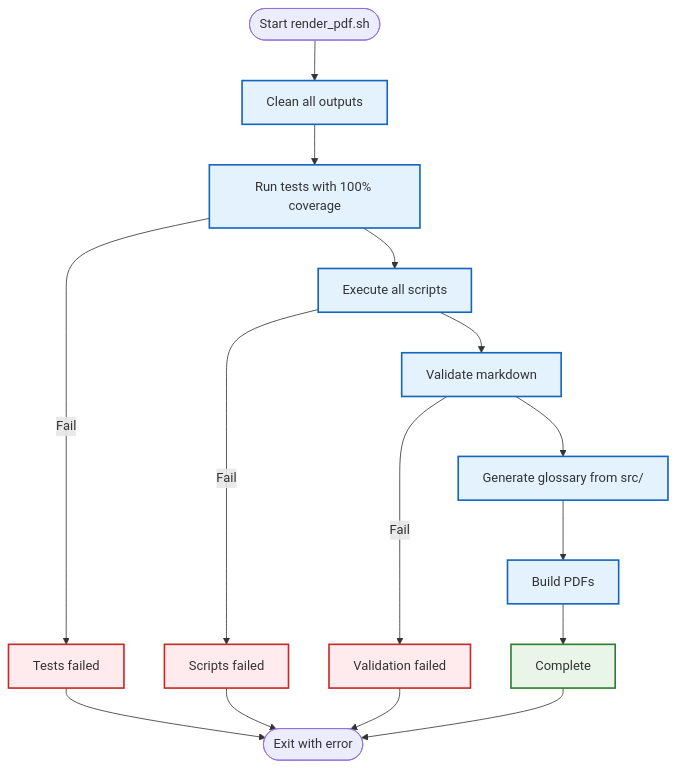
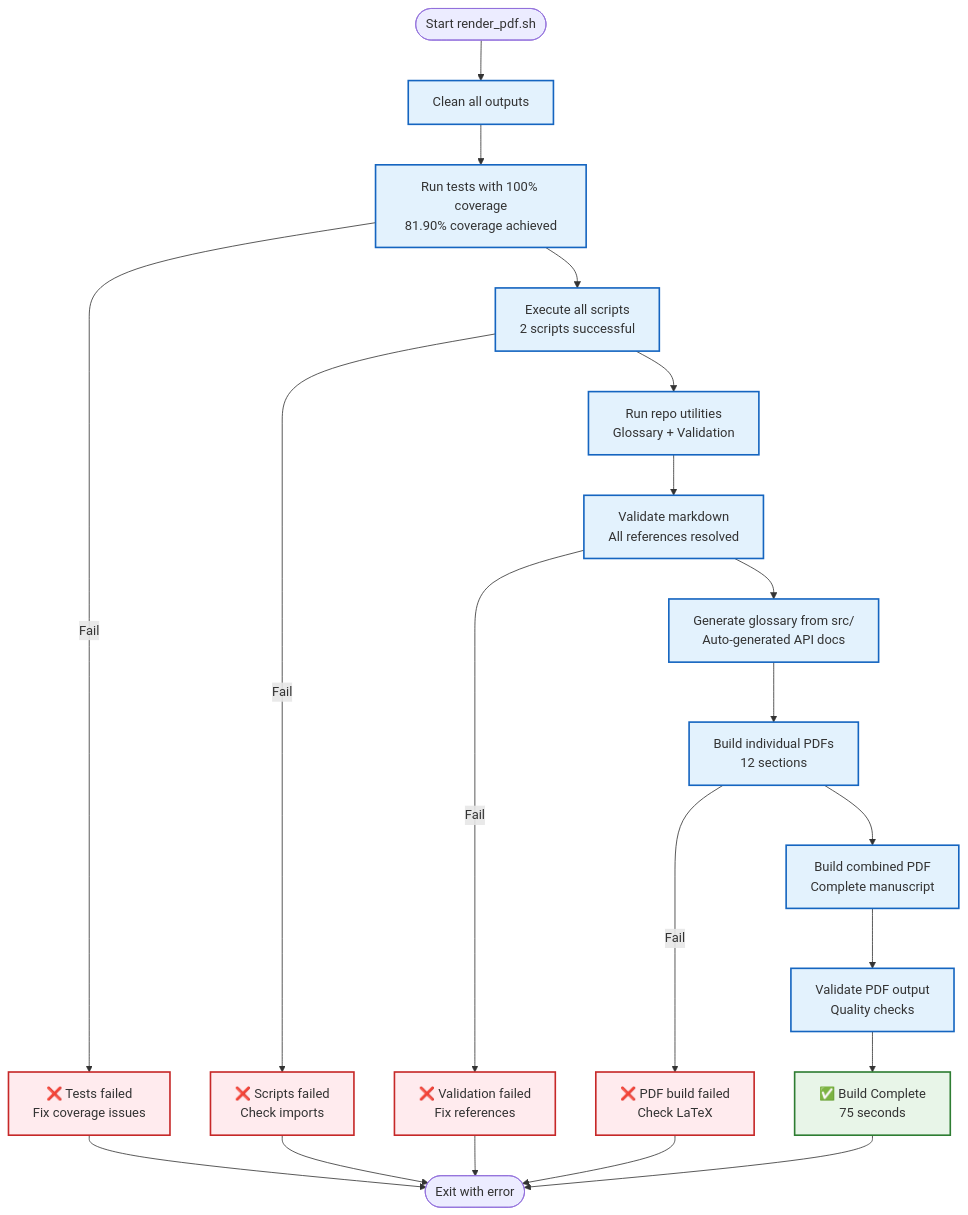
The sixth of 6 diagrams in README.md (docxology/template), drawn with Mermaid before and after one commit. The commit also changed other lines of this file, not shown here.

````diff
--- a/README.md
+++ b/README.md
@@ -269,28 +611,33 @@
 ```mermaid
 flowchart TD
     START([Start render_pdf.sh]) --> CLEAN[Clean all outputs]
-    CLEAN --> TESTS[Run tests with 100% coverage]
-    TESTS --> SCRIPTS[Execute all scripts]
-    SCRIPTS --> VALIDATE[Validate markdown]
-    VALIDATE --> GLOSSARY[Generate glossary from src/]
-    GLOSSARY --> BUILD[Build PDFs]
-    BUILD --> SUCCESS[Complete]
+    CLEAN --> TESTS[Run tests with 100% coverage<br/>81.90% coverage achieved]
+    TESTS --> SCRIPTS[Execute all scripts<br/>2 scripts successful]
+    SCRIPTS --> UTILS[Run repo utilities<br/>Glossary + Validation]
+    UTILS --> VALIDATE[Validate markdown<br/>All references resolved]
+    VALIDATE --> GLOSSARY[Generate glossary from src/<br/>Auto-generated API docs]
+    GLOSSARY --> BUILD_IND[Build individual PDFs<br/>12 sections]
+    BUILD_IND --> BUILD_COMB[Build combined PDF<br/>Complete manuscript]
+    BUILD_COMB --> VALIDATE_PDF[Validate PDF output<br/>Quality checks]
+    VALIDATE_PDF --> SUCCESS[✅ Build Complete<br/>75 seconds]
     
-    TESTS -->|Fail| FAIL1[Tests failed]
-    SCRIPTS -->|Fail| FAIL2[Scripts failed]
-    VALIDATE -->|Fail| FAIL3[Validation failed]
+    TESTS -->|Fail| FAIL1[❌ Tests failed<br/>Fix coverage issues]
+    SCRIPTS -->|Fail| FAIL2[❌ Scripts failed<br/>Check imports]
+    VALIDATE -->|Fail| FAIL3[❌ Validation failed<br/>Fix references]
+    BUILD_IND -->|Fail| FAIL4[❌ PDF build failed<br/>Check LaTeX]
     
     FAIL1 --> END([Exit with error])
     FAIL2 --> END
     FAIL3 --> END
+    FAIL4 --> END
     
     SUCCESS --> END
     
     classDef success fill:#e8f5e8,stroke:#2e7d32,stroke-width:2px
     classDef failure fill:#ffebee,stroke:#c62828,stroke-width:2px
     classDef process fill:#e3f2fd,stroke:#1565c0,stroke-width:2px
     
     class SUCCESS success
-    class FAIL1,FAIL2,FAIL3 failure
-    class CLEAN,TESTS,SCRIPTS,VALIDATE,GLOSSARY,BUILD process
+    class FAIL1,FAIL2,FAIL3,FAIL4 failure
+    class CLEAN,TESTS,SCRIPTS,UTILS,VALIDATE,GLOSSARY,BUILD_IND,BUILD_COMB,VALIDATE_PDF process
 ```
````
